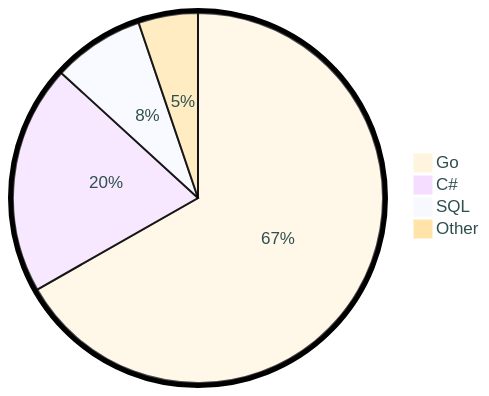
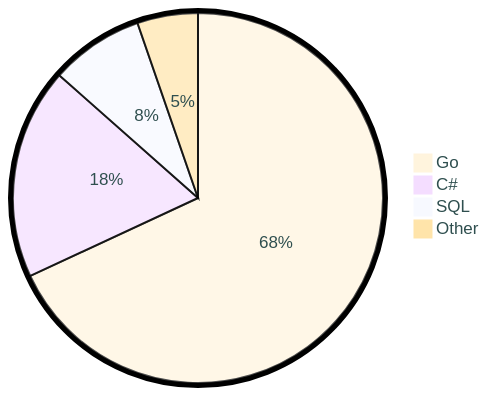
Before and after one commit to tot0p/tot0p: the diagram in README.md, drawn with Mermaid. The commit also changed other lines of this file, not shown here.

````diff
--- a/README.md
+++ b/README.md
@@ -79,8 +79,8 @@
 ```mermaid
 %%{init: {"pie": {"textPosition": 0.5}, "themeVariables": {"pieOuterStrokeWidth": "5px","primaryTextColor" : "#2F4F4F"},"theme":"base"} }%%
 pie
-	"Go": 66.76
-	"C#": 20.03
-	"SQL": 8.01
-	"Other": 5.199999999999999
+	"Go": 68.07
+	"C#": 18.45
+	"SQL": 8.17
+	"Other": 5.299999999999999
 ```
````
